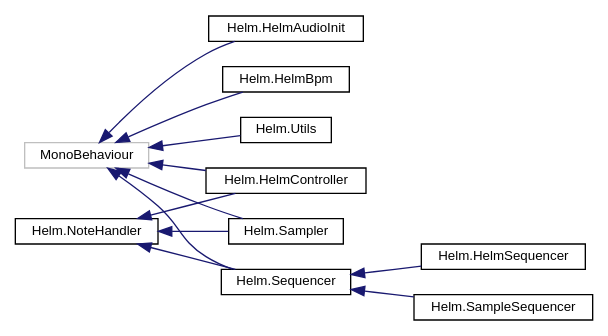
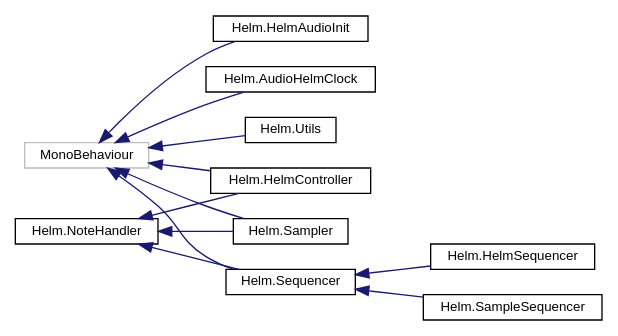
The diagram in audiohelm/manual/inherit_graph_5.dot (mtytel/mtytel.github.io), drawn with Graphviz before and after one commit. The commit also changed 125 other files, not shown here.

```diff
--- a/audiohelm/manual/inherit_graph_5.dot
+++ b/audiohelm/manual/inherit_graph_5.dot
@@ -1,27 +1,27 @@
 digraph "Graphical Class Hierarchy"
 {
   edge [fontname="Helvetica",fontsize="10",labelfontname="Helvetica",labelfontsize="10"];
   node [fontname="Helvetica",fontsize="10",shape=record];
   rankdir="LR";
   Node6 [label="MonoBehaviour",height=0.2,width=0.4,color="grey75", fillcolor="white", style="filled"];
   Node6 -> Node7 [dir="back",color="midnightblue",fontsize="10",style="solid",fontname="Helvetica"];
   Node7 [label="Helm.HelmAudioInit",height=0.2,width=0.4,color="black", fillcolor="white", style="filled",URL="$class_helm_1_1_helm_audio_init.html",tooltip="Ensures AudioSource and global AudioSettings are setup correctly for Helm native synthesizer usage..."];
   Node6 -> Node8 [dir="back",color="midnightblue",fontsize="10",style="solid",fontname="Helvetica"];
-  Node8 [label="Helm.HelmBpm",height=0.2,width=0.4,color="black", fillcolor="white", style="filled",URL="$class_helm_1_1_helm_bpm.html",tooltip="Sets the BPM (beats per minute) of all sequencers and native Helm instances. "];
+  Node8 [label="Helm.AudioHelmClock",height=0.2,width=0.4,color="black", fillcolor="white", style="filled",URL="$class_helm_1_1_audio_helm_clock.html",tooltip="Sets the BPM (beats per minute) of all sequencers and native Helm instances. "];
   Node6 -> Node1 [dir="back",color="midnightblue",fontsize="10",style="solid",fontname="Helvetica"];
   Node1 [label="Helm.HelmController",height=0.2,width=0.4,color="black", fillcolor="white", style="filled",URL="$class_helm_1_1_helm_controller.html",tooltip="An interface to a Helm native synthesizer instance(s). All native synth settings can be changed throu..."];
   Node6 -> Node2 [dir="back",color="midnightblue",fontsize="10",style="solid",fontname="Helvetica"];
   Node2 [label="Helm.Sampler",height=0.2,width=0.4,color="black", fillcolor="white", style="filled",URL="$class_helm_1_1_sampler.html",tooltip="The Sampler is a type of instrument that has a collection of audio samples to play and will play them..."];
   Node6 -> Node3 [dir="back",color="midnightblue",fontsize="10",style="solid",fontname="Helvetica"];
   Node3 [label="Helm.Sequencer",height=0.2,width=0.4,color="black", fillcolor="white", style="filled",URL="$class_helm_1_1_sequencer.html",tooltip="A series of notes and velocities on a timeline that can be used to trigger synth or sampler notes..."];
   Node3 -> Node4 [dir="back",color="midnightblue",fontsize="10",style="solid",fontname="Helvetica"];
   Node4 [label="Helm.HelmSequencer",height=0.2,width=0.4,color="black", fillcolor="white", style="filled",URL="$class_helm_1_1_helm_sequencer.html",tooltip="A sequencer of notes over time that will send its note on/off events to instances of a Helm native sy..."];
   Node3 -> Node5 [dir="back",color="midnightblue",fontsize="10",style="solid",fontname="Helvetica"];
   Node5 [label="Helm.SampleSequencer",height=0.2,width=0.4,color="black", fillcolor="white", style="filled",URL="$class_helm_1_1_sample_sequencer.html",tooltip="A sequencer of notes over time that will send its note on/off events to a Sampler instance that is at..."];
   Node6 -> Node9 [dir="back",color="midnightblue",fontsize="10",style="solid",fontname="Helvetica"];
   Node9 [label="Helm.Utils",height=0.2,width=0.4,color="black", fillcolor="white", style="filled",URL="$class_helm_1_1_utils.html",tooltip="Utility functions that are useful for audio/MIDI/music. "];
   Node0 [label="Helm.NoteHandler",height=0.2,width=0.4,color="black", fillcolor="white", style="filled",URL="$interface_helm_1_1_note_handler.html",tooltip="An interface for classes that can receive note on and off events. "];
   Node0 -> Node1 [dir="back",color="midnightblue",fontsize="10",style="solid",fontname="Helvetica"];
   Node0 -> Node2 [dir="back",color="midnightblue",fontsize="10",style="solid",fontname="Helvetica"];
   Node0 -> Node3 [dir="back",color="midnightblue",fontsize="10",style="solid",fontname="Helvetica"];
 }
```
